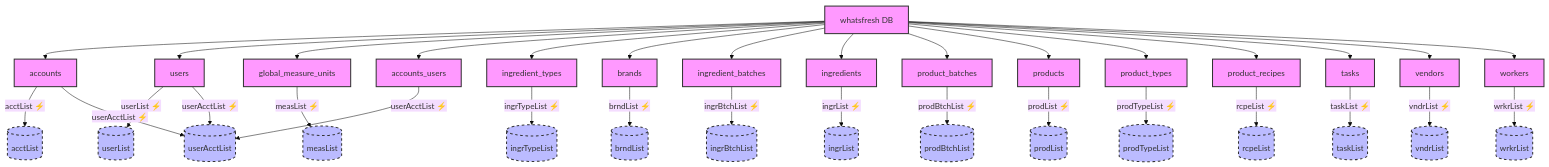
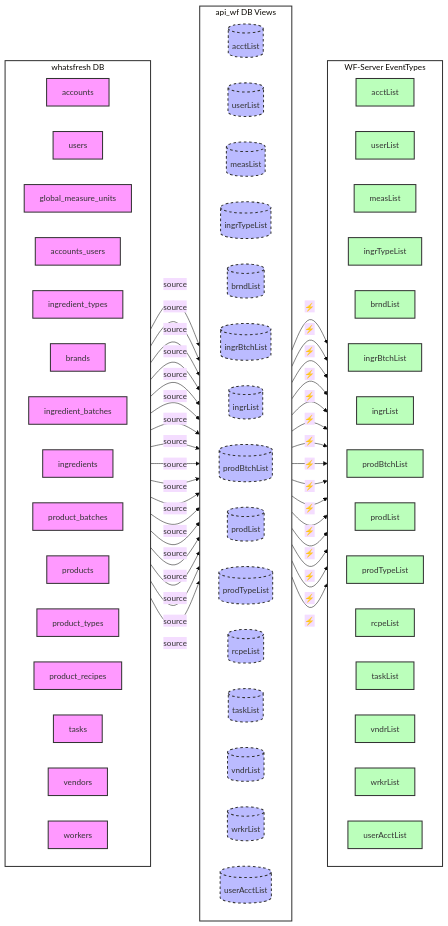
Before and after one commit to pchambless/whatsfresh-docs: the diagram in server/database/MySQL.mmd, drawn with Mermaid (base theme).

Commit message:
mermaid db with whatsfresh, api_wf and server layers

```diff
--- a/server/database/MySQL.mmd
+++ b/server/database/MySQL.mmd
@@ -1,59 +1,103 @@
-graph TD
-    %% whatsfresh database tables
-    whatsfresh[whatsfresh DB]
-    accounts[accounts]
-    users[users]
-    measures[global_measure_units]
-    acc_users[accounts_users]
-    ingr_types[ingredient_types]
-    brands[brands]
-    ingr_batches[ingredient_batches]
-    ingredients[ingredients]
-    prod_batches[product_batches]
-    products[products]
-    prod_types[product_types]
-    prod_recipes[product_recipes]
-    tasks[tasks]
-    vendors[vendors]
-    workers[workers]
-    
-    %% Source relationships
-    whatsfresh --> accounts
-    whatsfresh --> users
-    whatsfresh --> measures
-    whatsfresh --> acc_users
-    whatsfresh --> ingr_types
-    whatsfresh --> brands
-    whatsfresh --> ingr_batches
-    whatsfresh --> ingredients
-    whatsfresh --> prod_batches
-    whatsfresh --> products
-    whatsfresh --> prod_types
-    whatsfresh --> prod_recipes
-    whatsfresh --> tasks
-    whatsfresh --> vendors
-    whatsfresh --> workers
+graph LR
+    %% Database subgraphs
+    subgraph WhatsFresh[whatsfresh DB]
+        direction LR
+        accounts[accounts]
+        users[users]
+        measures[global_measure_units]
+        acc_users[accounts_users]
+        ingr_types[ingredient_types]
+        brands[brands]
+        ingr_batches[ingredient_batches]
+        ingredients[ingredients]
+        prod_batches[product_batches]
+        products[products]
+        prod_types[product_types]
+        prod_recipes[product_recipes]
+        tasks[tasks]
+        vendors[vendors]
+        workers[workers]
+    end
 
-    %% EventTypes (api_wf views)
-    accounts --> |"acctList ⚡"|acctList[("acctList")]
-    users --> |"userList ⚡"|userList[("userList")]
-    measures --> |"measList ⚡"|measList[("measList")]
-    ingr_types --> |"ingrTypeList ⚡"|ingrTypeList[("ingrTypeList")]
-    brands --> |"brndList ⚡"|brndList[("brndList")]
-    ingr_batches --> |"ingrBtchList ⚡"|ingrBtchList[("ingrBtchList")]
-    ingredients --> |"ingrList ⚡"|ingrList[("ingrList")]
-    prod_batches --> |"prodBtchList ⚡"|prodBtchList[("prodBtchList")]
-    products --> |"prodList ⚡"|prodList[("prodList")]
-    prod_types --> |"prodTypeList ⚡"|prodTypeList[("prodTypeList")]
-    prod_recipes --> |"rcpeList ⚡"|rcpeList[("rcpeList")]
-    tasks --> |"taskList ⚡"|taskList[("taskList")]
-    vendors --> |"vndrList ⚡"|vndrList[("vndrList")]
-    workers --> |"wrkrList ⚡"|wrkrList[("wrkrList")]
+    subgraph API_WF[api_wf DB Views]
+        direction LR
+        acctList_view[("acctList")]
+        userList_view[("userList")]
+        measList_view[("measList")]
+        ingrTypeList_view[("ingrTypeList")]
+        brndList_view[("brndList")]
+        ingrBtchList_view[("ingrBtchList")]
+        ingrList_view[("ingrList")]
+        prodBtchList_view[("prodBtchList")]
+        prodList_view[("prodList")]
+        prodTypeList_view[("prodTypeList")]
+        rcpeList_view[("rcpeList")]
+        taskList_view[("taskList")]
+        vndrList_view[("vndrList")]
+        wrkrList_view[("wrkrList")]
+        userAcctList_view[("userAcctList")]
+    end
 
-    %% Complex EventTypes
-    users & acc_users & accounts --> |"userAcctList ⚡"|userAcctList[("userAcctList")]
+    subgraph WF_Server[WF-Server EventTypes]
+        direction LR
+        acctList[acctList]
+        userList[userList]
+        measList[measList]
+        ingrTypeList[ingrTypeList]
+        brndList[brndList]
+        ingrBtchList[ingrBtchList]
+        ingrList[ingrList]
+        prodBtchList[prodBtchList]
+        prodList[prodList]
+        prodTypeList[prodTypeList]
+        rcpeList[rcpeList]
+        taskList[taskList]
+        vndrList[vndrList]
+        wrkrList[wrkrList]
+        userAcctList[userAcctList]
+    end
+
+    %% Database to View relationships
+    accounts --> |"source"|acctList_view
+    users --> |"source"|userList_view
+    measures --> |"source"|measList_view
+    ingr_types --> |"source"|ingrTypeList_view
+    brands --> |"source"|brndList_view
+    ingr_batches --> |"source"|ingrBtchList_view
+    ingredients --> |"source"|ingrList_view
+    prod_batches --> |"source"|prodBtchList_view
+    products --> |"source"|prodList_view
+    prod_types --> |"source"|prodTypeList_view
+    prod_recipes --> |"source"|rcpeList_view
+    tasks --> |"source"|taskList_view
+    vendors --> |"source"|vndrList_view
+    workers --> |"source"|wrkrList_view
+
+    %% Complex view relationships
+    users & acc_users & accounts --> |"source"|userAcctList_view
+
+    %% View to Server EventType relationships
+    acctList_view --> |"⚡"|acctList
+    userList_view --> |"⚡"|userList
+    measList_view --> |"⚡"|measList
+    ingrTypeList_view --> |"⚡"|ingrTypeList
+    brndList_view --> |"⚡"|brndList
+    ingrBtchList_view --> |"⚡"|ingrBtchList
+    ingrList_view --> |"⚡"|ingrList
+    prodBtchList_view --> |"⚡"|prodBtchList
+    prodList_view --> |"⚡"|prodList
+    prodTypeList_view --> |"⚡"|prodTypeList
+    rcpeList_view --> |"⚡"|rcpeList
+    taskList_view --> |"⚡"|taskList
+    vndrList_view --> |"⚡"|vndrList
+    wrkrList_view --> |"⚡"|wrkrList
+    userAcctList_view --> |"⚡"|userAcctList
 
     %% Styling
     classDef default fill:#f9f,stroke:#333,stroke-width:2px
-    classDef eventType fill:#bbf,stroke:#333,stroke-width:2px,stroke-dasharray: 5 5
-    class acctList,userList,measList,ingrTypeList,brndList,ingrBtchList,ingrList,prodBtchList,prodList,prodTypeList,rcpeList,taskList,vndrList,wrkrList,userAcctList eventType
+    classDef viewNode fill:#bbf,stroke:#333,stroke-width:2px,stroke-dasharray: 5 5
+    classDef serverNode fill:#bfb,stroke:#333,stroke-width:2px
+    classDef dbGroup fill:#fff,stroke:#333,stroke-width:2px
+    class WhatsFresh,API_WF,WF_Server dbGroup
+    class acctList_view,userList_view,measList_view,ingrTypeList_view,brndList_view,ingrBtchList_view,ingrList_view,prodBtchList_view,prodList_view,prodTypeList_view,rcpeList_view,taskList_view,vndrList_view,wrkrList_view,userAcctList_view viewNode
+    class acctList,userList,measList,ingrTypeList,brndList,ingrBtchList,ingrList,prodBtchList,prodList,prodTypeList,rcpeList,taskList,vndrList,wrkrList,userAcctList serverNode
```
